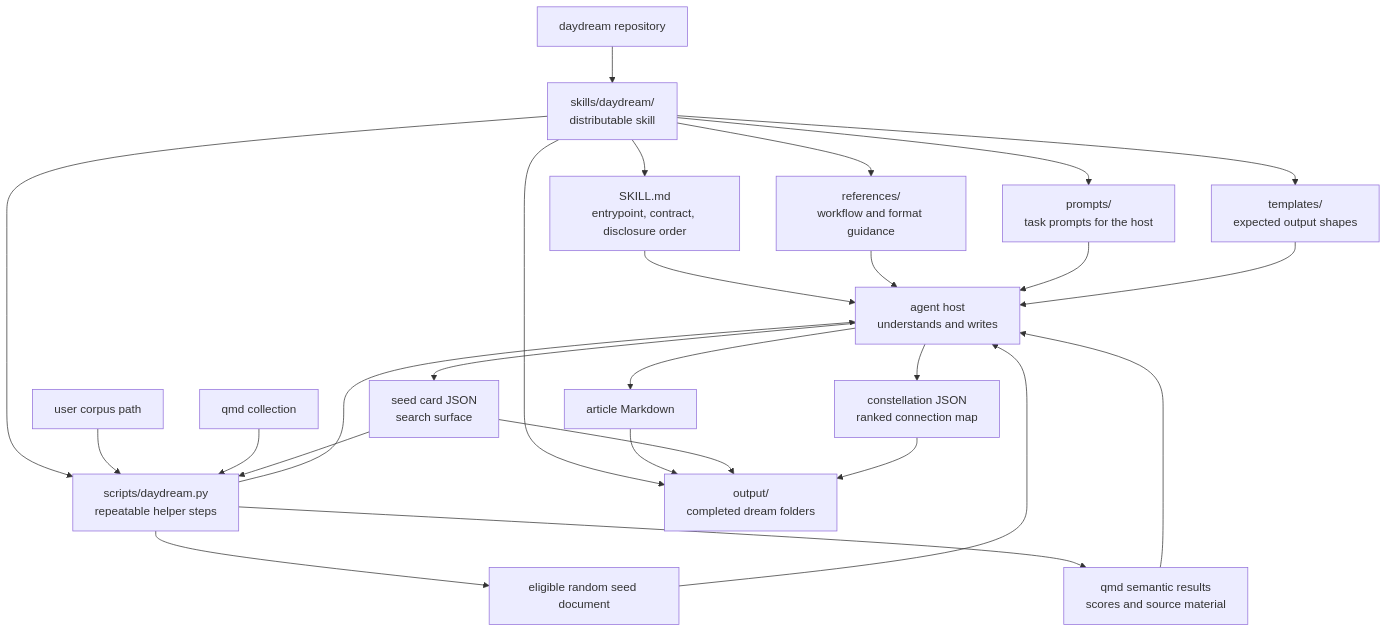
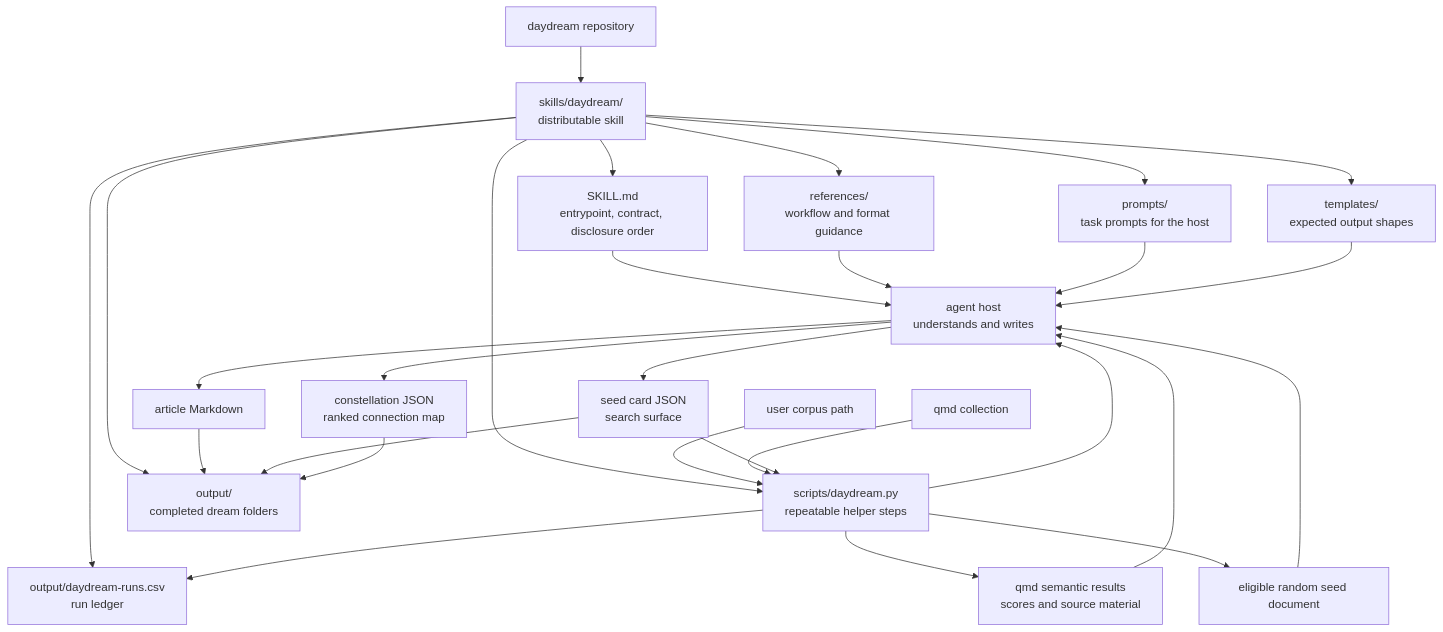
Before and after one commit to bilppppp/Daydream: the diagram in README.md, drawn with Mermaid. The commit also changed other lines of this file and 7 other files, not shown here.

Commit message:
Add Daydream run ledger

````diff
--- a/README.md
+++ b/README.md
@@ -51,33 +51,35 @@
 ```mermaid
 flowchart TD
     repo["daydream repository"] --> package["skills/daydream/<br/>distributable skill"]
 
     package --> skill["SKILL.md<br/>entrypoint, contract, disclosure order"]
     package --> script["scripts/daydream.py<br/>repeatable helper steps"]
     package --> refs["references/<br/>workflow and format guidance"]
     package --> prompts["prompts/<br/>task prompts for the host"]
     package --> templates["templates/<br/>expected output shapes"]
     package --> output["output/<br/>completed dream folders"]
+    package --> ledger["output/daydream-runs.csv<br/>run ledger"]
 
     corpus["user corpus path"] --> script
     qmd["qmd collection"] --> script
     script --> seed["eligible random seed document"]
     seed --> host["agent host<br/>understands and writes"]
 
     skill --> host
     refs --> host
     prompts --> host
     templates --> host
     script --> host
 
     host --> seedcard["seed card JSON<br/>search surface"]
     seedcard --> script
     script --> qmdresults["qmd semantic results<br/>scores and source material"]
     qmdresults --> host
     host --> article["article Markdown"]
     host --> constellation["constellation JSON<br/>ranked connection map"]
 
     article --> output
     seedcard --> output
     constellation --> output
+    script --> ledger
 ```
````
